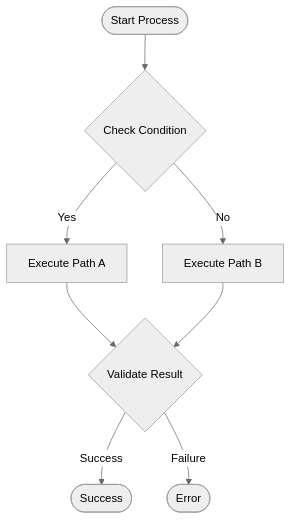
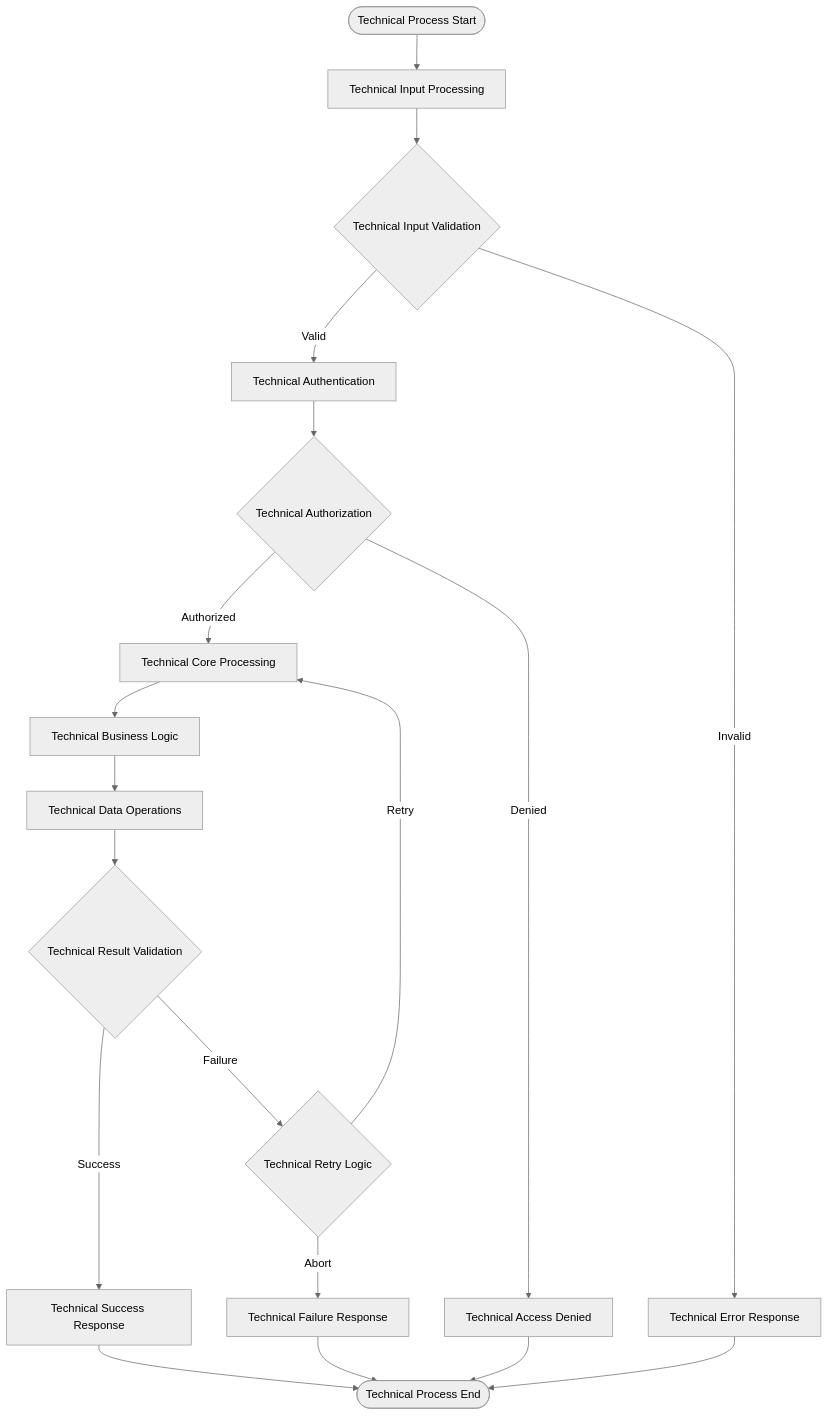
One commit to xincheng213618/OpenDeepWiki changed the seventh of 8 diagrams in src/KoalaWiki/Prompts/Warehouse/GenerateDocs.md. Above: the diagram before and after it, drawn with Mermaid (neutral theme). The commit also changed other lines of this file and 4 other files, not shown here.

````diff
--- a/src/KoalaWiki/Prompts/Warehouse/GenerateDocs.md
+++ b/src/KoalaWiki/Prompts/Warehouse/GenerateDocs.md
@@ -281,10 +401,21 @@
 ```mermaid
 flowchart TD
-    Start([Start Process]) --> Check{Check Condition}
-    Check -->|Yes| ProcessA[Execute Path A]
-    Check -->|No| ProcessB[Execute Path B]
-    ProcessA --> Validate{Validate Result}
-    ProcessB --> Validate
-    Validate -->|Success| Success([Success])
-    Validate -->|Failure| Error([Error])
+    TechStart([Technical Process Start]) --> TechInput[Technical Input Processing]
+    TechInput --> TechValidation{Technical Input Validation}
+    TechValidation -->|Valid| TechAuth[Technical Authentication]
+    TechValidation -->|Invalid| TechError[Technical Error Response]
+    TechAuth --> TechAuthorize{Technical Authorization}
+    TechAuthorize -->|Authorized| TechProcessing[Technical Core Processing]
+    TechAuthorize -->|Denied| TechDenied[Technical Access Denied]
+    TechProcessing --> TechBusinessLogic[Technical Business Logic]
+    TechBusinessLogic --> TechDataOps[Technical Data Operations]
+    TechDataOps --> TechValidateResult{Technical Result Validation}
+    TechValidateResult -->|Success| TechResponse[Technical Success Response]
+    TechValidateResult -->|Failure| TechRetry{Technical Retry Logic}
+    TechRetry -->|Retry| TechProcessing
+    TechRetry -->|Abort| TechFailure[Technical Failure Response]
+    TechResponse --> TechEnd([Technical Process End])
+    TechError --> TechEnd
+    TechDenied --> TechEnd
+    TechFailure --> TechEnd
 ```
````
